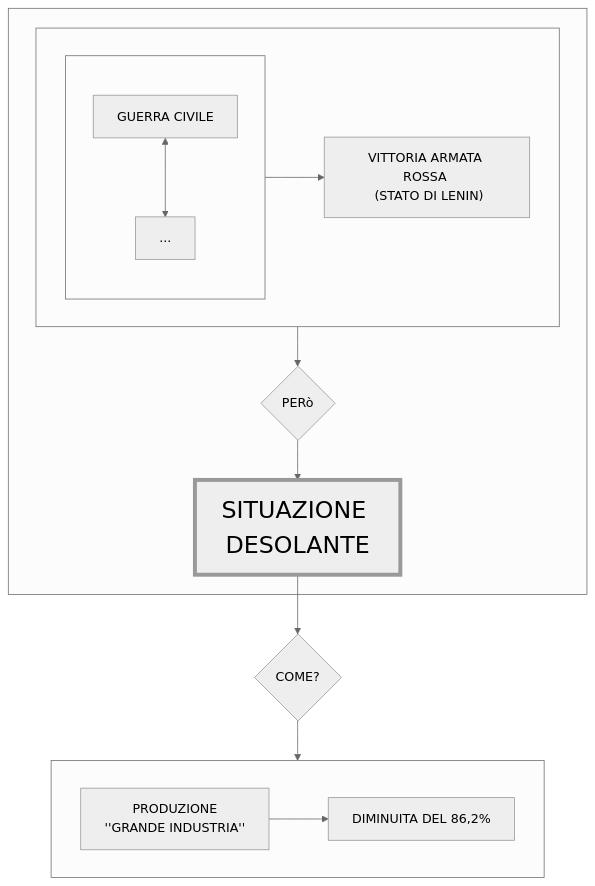
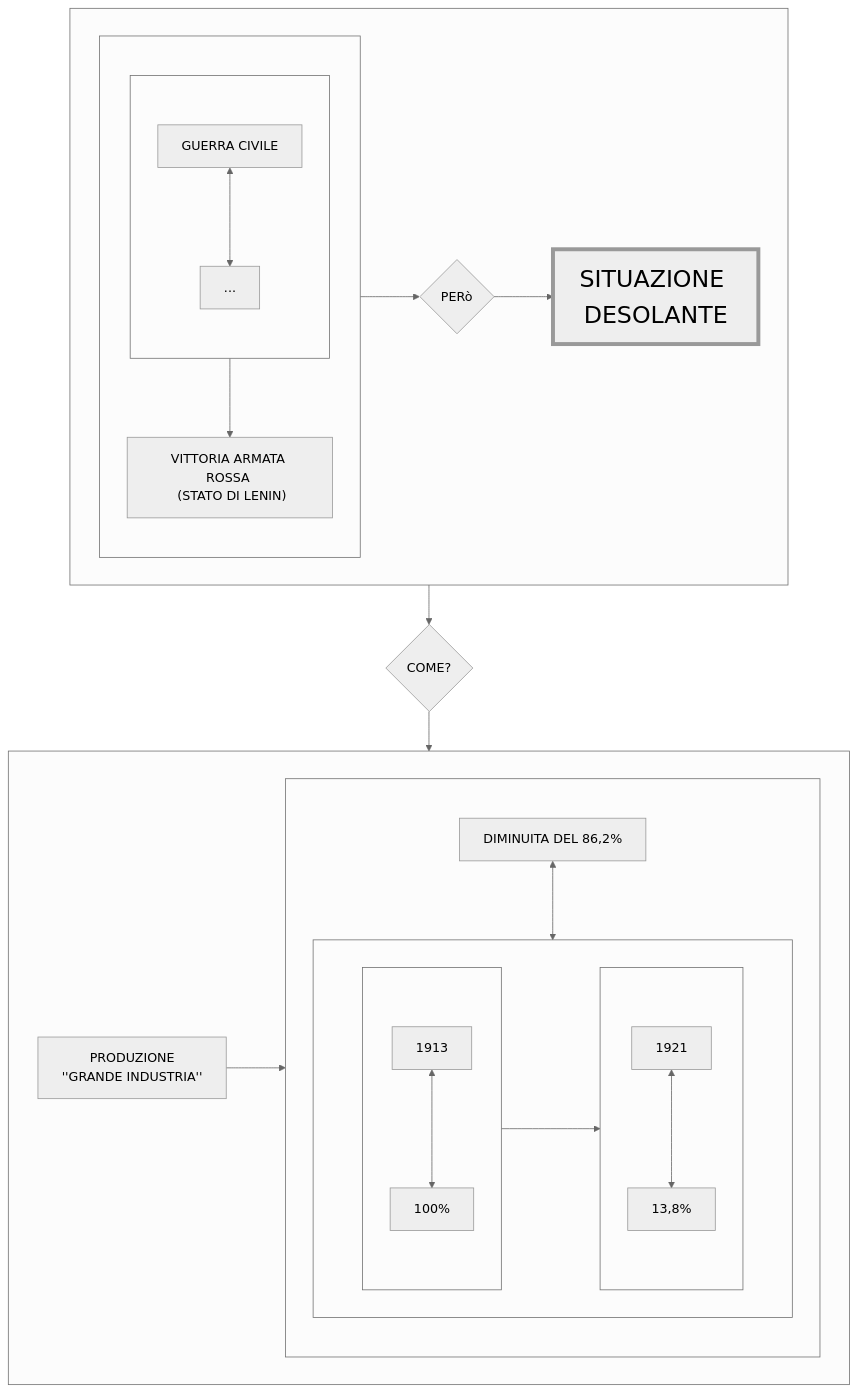
Before and after one commit to Laaouatni/ricerca-storia-MermaidJS: the diagram in prova.md, drawn with Mermaid (neutral theme).

````diff
--- a/prova.md
+++ b/prova.md
@@ -1,26 +1,46 @@
 ```mermaid
 flowchart TB
     classDef classGrande font-size: 30px, stroke-width: 5px;
     subgraph 017[" "]
       subgraph 016[" "]
         subgraph 01[" "]
           010[GUERRA CIVILE]
           0100[...]
           010 <--> 0100
         end
         011["VITTORIA ARMATA ROSSA <br> (STATO DI LENIN)"]
         01 --> 011
       end
       016 --> 012 --> 013
       012{PERò}
       013[SITUAZIONE DESOLANTE]:::classGrande
     end
-    013 --> 014
+    %% 013 --> 014
+       017 --> 014
     014{COME?}
     subgraph 2[" "]
       20[PRODUZIONE <br> ''GRANDE INDUSTRIA'']
-      200[DIMINUITA DEL 86,2%]
-      20 --> 200
+      subgraph 21[" "]
+        200[DIMINUITA DEL 86,2%]
+        subgraph 210[" "]
+          direction LR;
+          subgraph 22[" "]
+            direction TB;
+            220[1913]
+            221[100%]
+            220 <-->221
+          end
+          subgraph 23[" "]
+            direction TB;
+            230[1921]
+            231[13,8%]
+            230 <--> 231
+          end
+          22 --> 23
+        end
+        200 <--> 210
+      end
+      20 --> 21
     end
     014 --> 2
 ```
````
